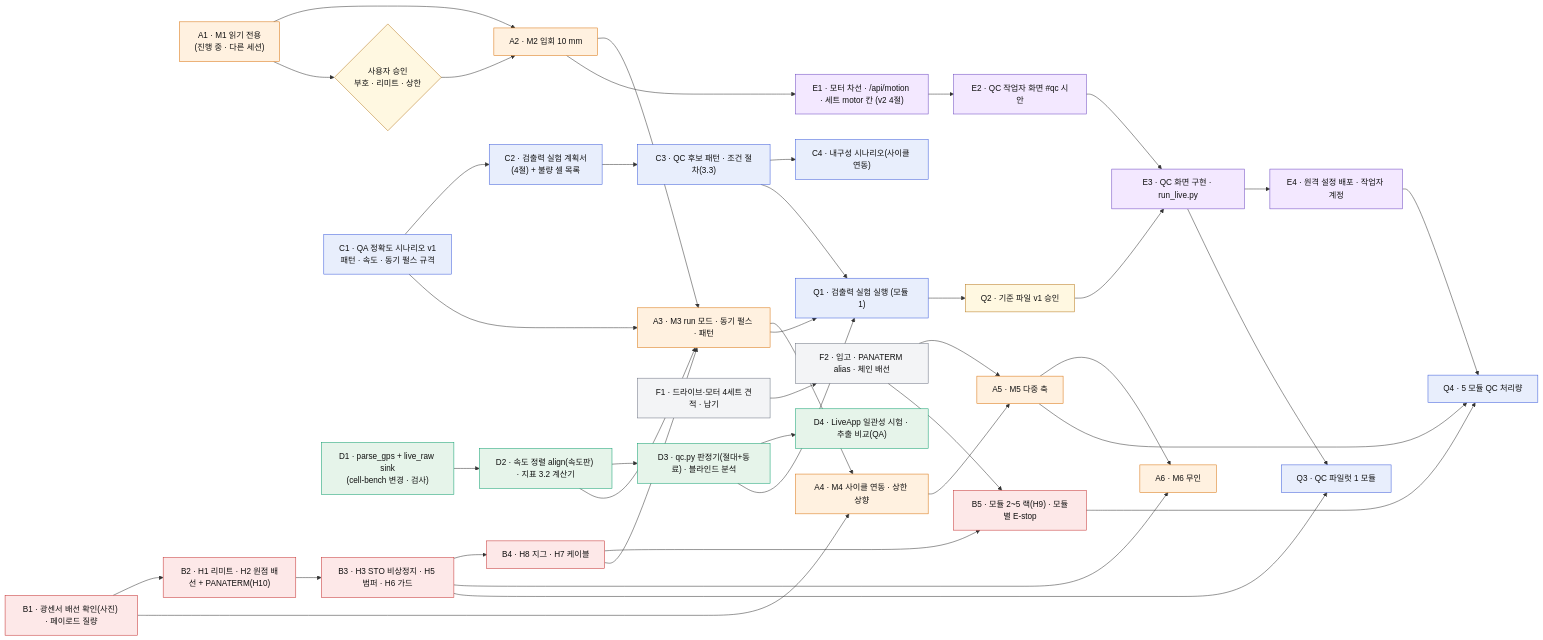
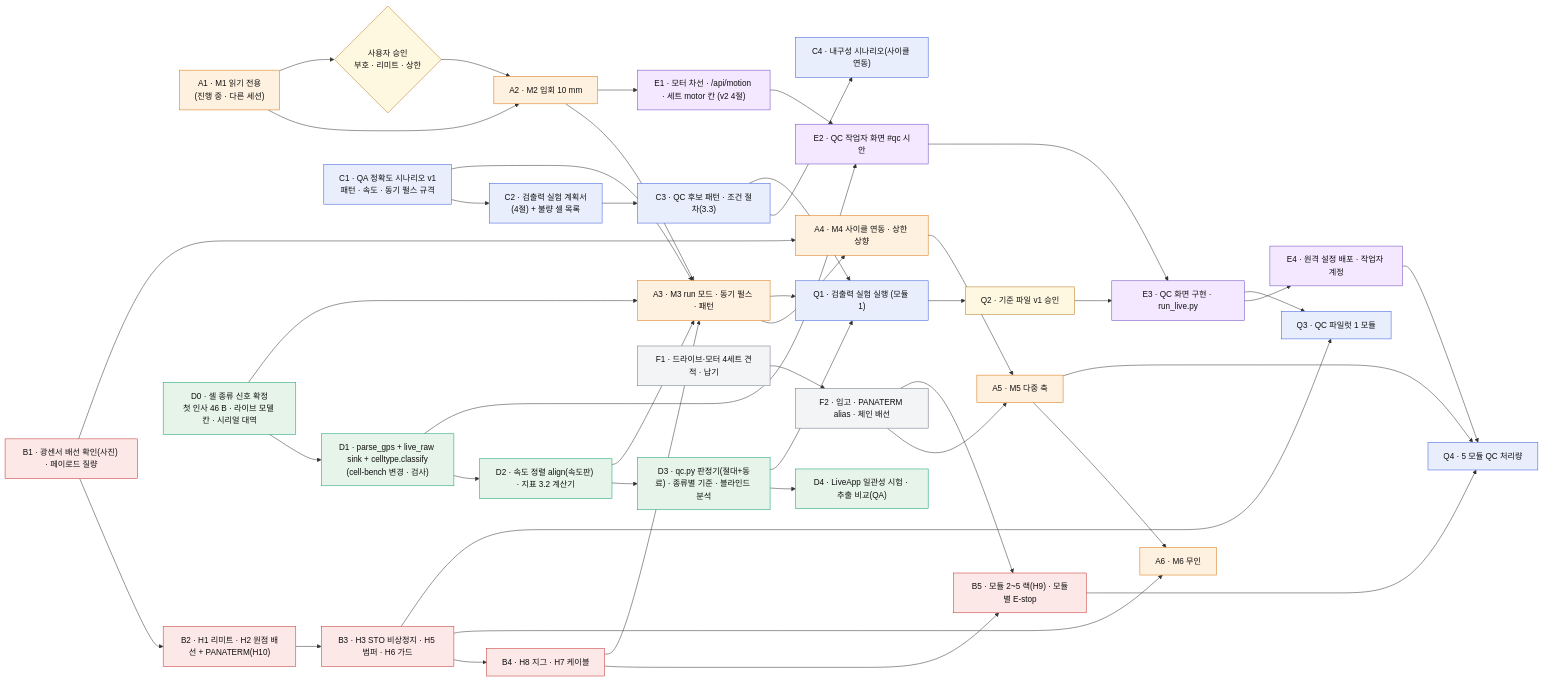
One commit to GeonwooKim-fitogether/QA-Automation-Test-Room changed the seventh of 9 diagrams in dynamic-bench/plan/plan-v3.md. Above: the diagram before and after it, drawn with Mermaid. The commit also changed other lines of this file and 1 other file, not shown here.

First line of the commit message:
docs(dynamic-bench): 기획 v3 에 셀 종류(X/Y) 세트 단위 자동 인식 반영

````diff
--- a/dynamic-bench/plan/plan-v3.md
+++ b/dynamic-bench/plan/plan-v3.md
@@ -305,41 +364,43 @@
 ```mermaid
 flowchart LR
   classDef A fill:#fff1e0,stroke:#d9730d,color:#111
   classDef B fill:#fde8e8,stroke:#c53030,color:#111
   classDef C fill:#e8eefc,stroke:#3b5bdb,color:#111
   classDef D fill:#e6f4ea,stroke:#0E9F6E,color:#111
   classDef E fill:#f3e8ff,stroke:#6b46c1,color:#111
   classDef F fill:#f3f4f6,stroke:#6b7280,color:#111
   classDef G fill:#fff8e1,stroke:#b7791f,color:#111
 
   A1["A1 · M1 읽기 전용<br/>(진행 중 · 다른 세션)"]:::A --> A2["A2 · M2 입회 10 mm"]:::A --> A3["A3 · M3 run 모드 · 동기 펄스 · 패턴"]:::A --> A4["A4 · M4 사이클 연동 · 상한 상향"]:::A --> A5["A5 · M5 다중 축"]:::A --> A6["A6 · M6 무인"]:::A
   G1{"사용자 승인<br/>부호 · 리미트 · 상한"}:::G
   A1 --> G1 --> A2
 
   B1["B1 · 광센서 배선 확인(사진) · 페이로드 질량"]:::B --> B2["B2 · H1 리미트 · H2 원점 배선 + PANATERM(H10)"]:::B --> B3["B3 · H3 STO 비상정지 · H5 범퍼 · H6 가드"]:::B --> B4["B4 · H8 지그 · H7 케이블"]:::B --> B5["B5 · 모듈 2~5 랙(H9) · 모듈별 E-stop"]:::B
   B3 --> A6
   B4 --> A3
   B1 --> A4
 
   C1["C1 · QA 정확도 시나리오 v1<br/>패턴 · 속도 · 동기 펄스 규격"]:::C --> C2["C2 · 검출력 실험 계획서<br/>(4절) + 불량 셀 목록"]:::C --> C3["C3 · QC 후보 패턴 · 조건 절차(3.3)"]:::C --> C4["C4 · 내구성 시나리오(사이클 연동)"]:::C
   C1 --> A3
   C3 --> Q1
 
-  D1["D1 · parse_gps + live_raw sink<br/>(cell-bench 변경 · 검사)"]:::D --> D2["D2 · 속도 정렬 align(속도판) · 지표 3.2 계산기"]:::D --> D3["D3 · qc.py 판정기(절대+동료) · 블라인드 분석"]:::D --> D4["D4 · LiveApp 일관성 시험 · 추출 비교(QA)"]:::D
+  D0["D0 · 셀 종류 신호 확정<br/>첫 인사 46 B · 라이브 모델 칸 · 시리얼 대역"]:::D --> D1["D1 · parse_gps + live_raw sink + celltype.classify<br/>(cell-bench 변경 · 검사)"]:::D --> D2["D2 · 속도 정렬 align(속도판) · 지표 3.2 계산기"]:::D --> D3["D3 · qc.py 판정기(절대+동료) · 종류별 기준 · 블라인드 분석"]:::D --> D4["D4 · LiveApp 일관성 시험 · 추출 비교(QA)"]:::D
   D2 --> A3
+  D0 --> A3
+  D1 --> E2
   D3 --> Q1["Q1 · 검출력 실험 실행 (모듈 1)"]:::C
   A3 --> Q1
   Q1 --> Q2["Q2 · 기준 파일 v1 승인"]:::G
 
   E1["E1 · 모터 차선 · /api/motion · 세트 motor 칸 (v2 4절)"]:::E --> E2["E2 · QC 작업자 화면 #qc 시안"]:::E --> E3["E3 · QC 화면 구현 · run_live.py"]:::E --> E4["E4 · 원격 설정 배포 · 작업자 계정"]:::E
   A2 --> E1
   Q2 --> E3
   E3 --> Q3["Q3 · QC 파일럿 1 모듈"]:::C
   B3 --> Q3
 
   F1["F1 · 드라이브·모터 4세트 견적 · 납기"]:::F --> F2["F2 · 입고 · PANATERM alias · 체인 배선"]:::F --> A5
   F2 --> B5
   A5 --> Q4["Q4 · 5 모듈 QC 처리량"]:::C
   B5 --> Q4
   E4 --> Q4
 ```
````
